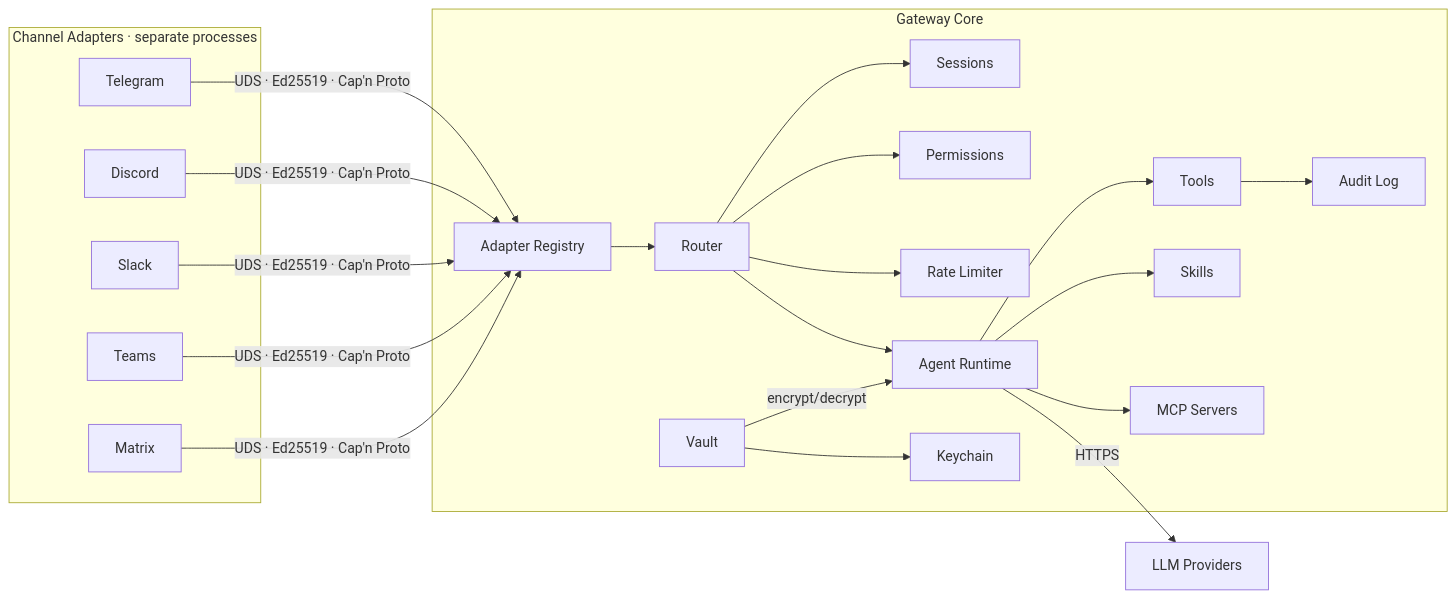
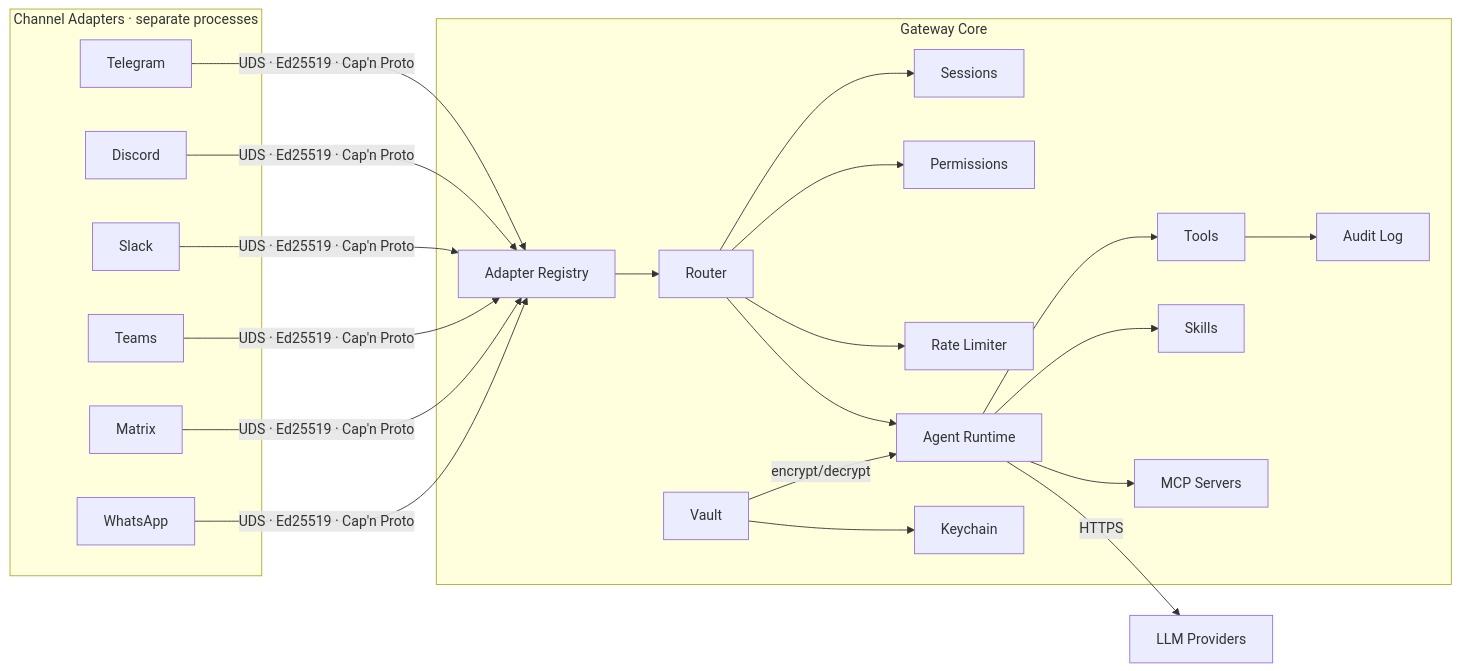
Before and after one commit to gebruder/wirken: the diagram in README.md, drawn with Mermaid. The commit also changed other lines of this file and 8 other files, not shown here.

First line of the commit message:
feat: add WhatsApp Cloud API adapter

````diff
--- a/README.md
+++ b/README.md
@@ -69,32 +69,34 @@
 ```mermaid
 graph LR
     subgraph Adapters["Channel Adapters · separate processes"]
         T[Telegram]
         D[Discord]
         S[Slack]
         TM[Teams]
         M[Matrix]
+        W[WhatsApp]
     end
 
     subgraph Gateway["Gateway Core"]
         Registry[Adapter Registry] --> Router
         Router --> Sessions
         Router --> Permissions
         Router --> RateLimit[Rate Limiter]
         Router --> Agent[Agent Runtime]
         Agent --> Tools
         Agent --> Skills
         Agent --> MCP[MCP Servers]
         Tools --> Audit[Audit Log]
         Vault --> Keychain
     end
 
     T -- "UDS · Ed25519 · Cap'n Proto" --> Registry
     D -- "UDS · Ed25519 · Cap'n Proto" --> Registry
     S -- "UDS · Ed25519 · Cap'n Proto" --> Registry
     TM -- "UDS · Ed25519 · Cap'n Proto" --> Registry
     M -- "UDS · Ed25519 · Cap'n Proto" --> Registry
+    W -- "UDS · Ed25519 · Cap'n Proto" --> Registry
 
     Agent -- HTTPS --> LLM[LLM Providers]
     Vault -- encrypt/decrypt --> Agent
 ```
````
